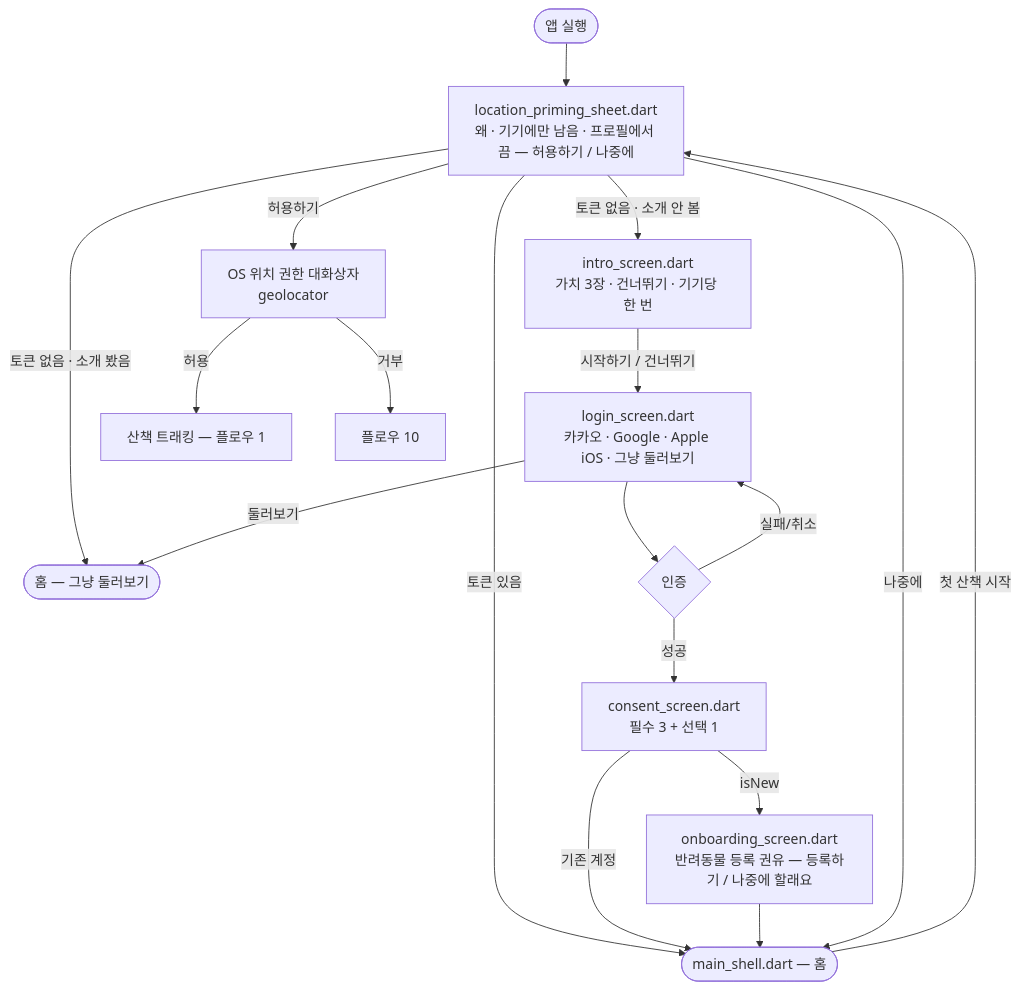
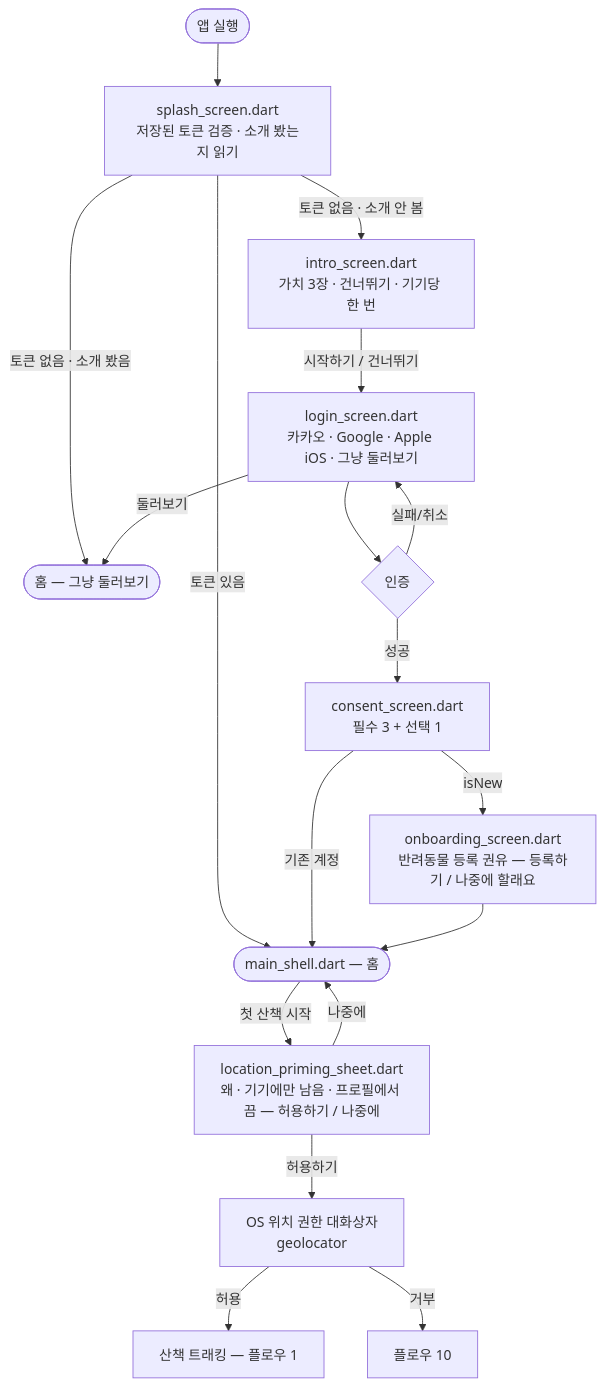
Before and after one commit to sanghyunbang/pawloop: the fourth of 14 diagrams in docs/01-design/user-flows.md, drawn with Mermaid. The commit also changed other lines of this file and 1 other file, not shown here.

First line of the commit message:
docs: user-flows 를 #338~#342 뒤로 다시 맞춘다 — 플로우 12 → 14 · 화면 29개를 테스트가 잠근다 (#345)

````diff
--- a/docs/01-design/user-flows.md
+++ b/docs/01-design/user-flows.md
@@ -151,20 +171,20 @@
 ```mermaid
 flowchart TD
     A([앱 실행]) --> S[splash_screen.dart<br/>저장된 토큰 검증 · 소개 봤는지 읽기]
     S -->|토큰 있음| H([main_shell.dart — 홈])
     S -->|토큰 없음 · 소개 안 봄| I[intro_screen.dart<br/>가치 3장 · 건너뛰기 · 기기당 한 번]
     S -->|토큰 없음 · 소개 봤음| G([홈 — 그냥 둘러보기])
     I -->|시작하기 / 건너뛰기| D[login_screen.dart<br/>카카오 · Google · Apple iOS · 그냥 둘러보기]
     D -->|둘러보기| G
     D --> D1{인증}
     D1 -->|실패/취소| D
     D1 -->|성공| C[consent_screen.dart<br/>필수 3 + 선택 1]
     C -->|isNew| E[onboarding_screen.dart<br/>반려동물 등록 권유 — 등록하기 / 나중에 할래요]
     C -->|기존 계정| H
     E --> H
-    H -->|첫 산책 시작| S[location_priming_sheet.dart<br/>왜 · 기기에만 남음 · 프로필에서 끔 — 허용하기 / 나중에]
-    S -->|허용하기| F[OS 위치 권한 대화상자<br/>geolocator]
-    S -->|나중에| H
+    H -->|첫 산책 시작| LP[location_priming_sheet.dart<br/>왜 · 기기에만 남음 · 프로필에서 끔 — 허용하기 / 나중에]
+    LP -->|허용하기| F[OS 위치 권한 대화상자<br/>geolocator]
+    LP -->|나중에| H
     F -->|허용| T[산책 트래킹 — 플로우 1]
     F -->|거부| T2[플로우 10]
 ```
````
